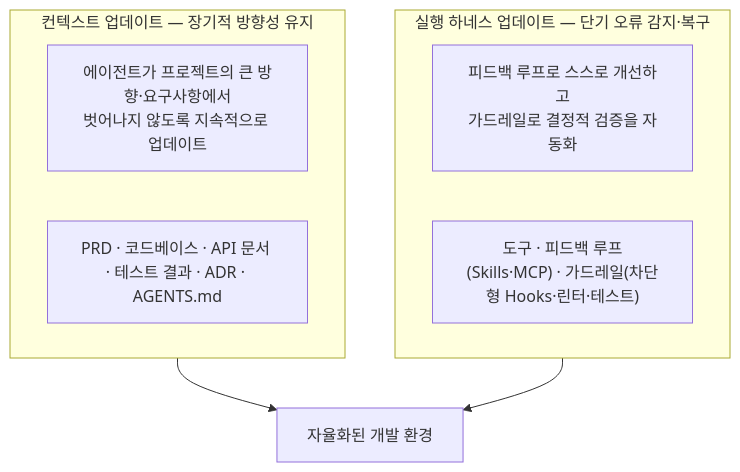
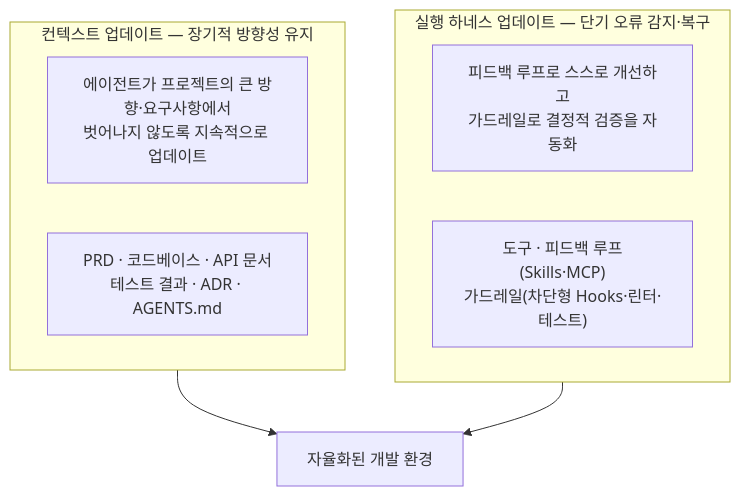
The ninth of 9 diagrams in _posts/2026-06-16-harness-engineering-in-practice.md (haandol/haandol.github.com), drawn with Mermaid before and after one commit. The commit also changed other lines of this file and 2 other files, not shown here.

Commit message:
fix: reshape the diagrams that were still rendering shrunk
앞선 커밋에서 다이어그램 폭을 54rem까지 열었지만, 자연 폭이 그보다 큰 것들은 여전히
축소됐다. 전체 41개를 렌더해서 재보니 5개가 918px을 넘었고, 최악은 라벨이 9.6px였다.

폭을 더 키우는 대신 다이어그램 쪽을 고쳤다. 68rem까지 열어야 다 담기는데, 그건 본문에
비해 너무 넓다.

가로로 긴 것은 세로로 돌렸다. 넷 다 실제로 순차적 흐름이라 방향을 바꿔도 의미가 같다.
- PRD가 어긋나는 과정 (1044px → 624px)
- ALPS 9개 섹션의 검증 흐름 (1093px → 807px)
- 하네스 6단계 파이프라인 (1116px → 232px)
- 30분 누적 비교 (1332px → 482px, 안쪽만 TB로 돌려 두 트랙은 나란히 유지)

마지막 것은 subgraph 안쪽 direction만 바꿨다. 바깥까지 세로로 돌리면 두 트랙이 위아래로
쌓여서 "하네스 있음 vs 없음" 대조가 사라진다.

노드 텍스트가 길어서 넓어진 하나는 줄을 나눴다 (1063px → 716px).

결과: 918px을 넘는 다이어그램이 5개 → 2개, 남은 둘은 97~99%(라벨 13.6px)라 사실상
원본 크기다. 이걸 더 줄이려고 본문을 고칠 값어치는 없다고 봤다.

````diff
--- a/_posts/2026-06-16-harness-engineering-in-practice.md
+++ b/_posts/2026-06-16-harness-engineering-in-practice.md
@@ -457,13 +457,13 @@
 ```mermaid
 flowchart TB
     subgraph CTX["컨텍스트 업데이트 — 장기적 방향성 유지"]
         C1["에이전트가 프로젝트의 큰 방향·요구사항에서<br/>벗어나지 않도록 지속적으로 업데이트"]
-        C2["PRD · 코드베이스 · API 문서 · 테스트 결과 · ADR · AGENTS.md"]
+        C2["PRD · 코드베이스 · API 문서<br/>테스트 결과 · ADR · AGENTS.md"]
     end
     subgraph HRN["실행 하네스 업데이트 — 단기 오류 감지·복구"]
         H1["피드백 루프로 스스로 개선하고<br/>가드레일로 결정적 검증을 자동화"]
-        H2["도구 · 피드백 루프(Skills·MCP) · 가드레일(차단형 Hooks·린터·테스트)"]
+        H2["도구 · 피드백 루프(Skills·MCP)<br/>가드레일(차단형 Hooks·린터·테스트)"]
     end
     CTX --> ALL["자율화된 개발 환경"]
     HRN --> ALL
 ```
````
